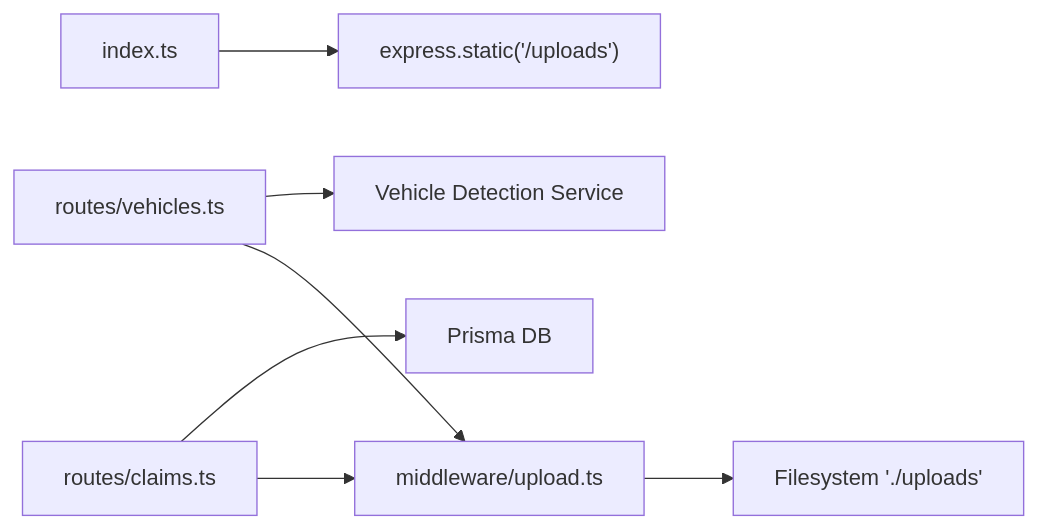
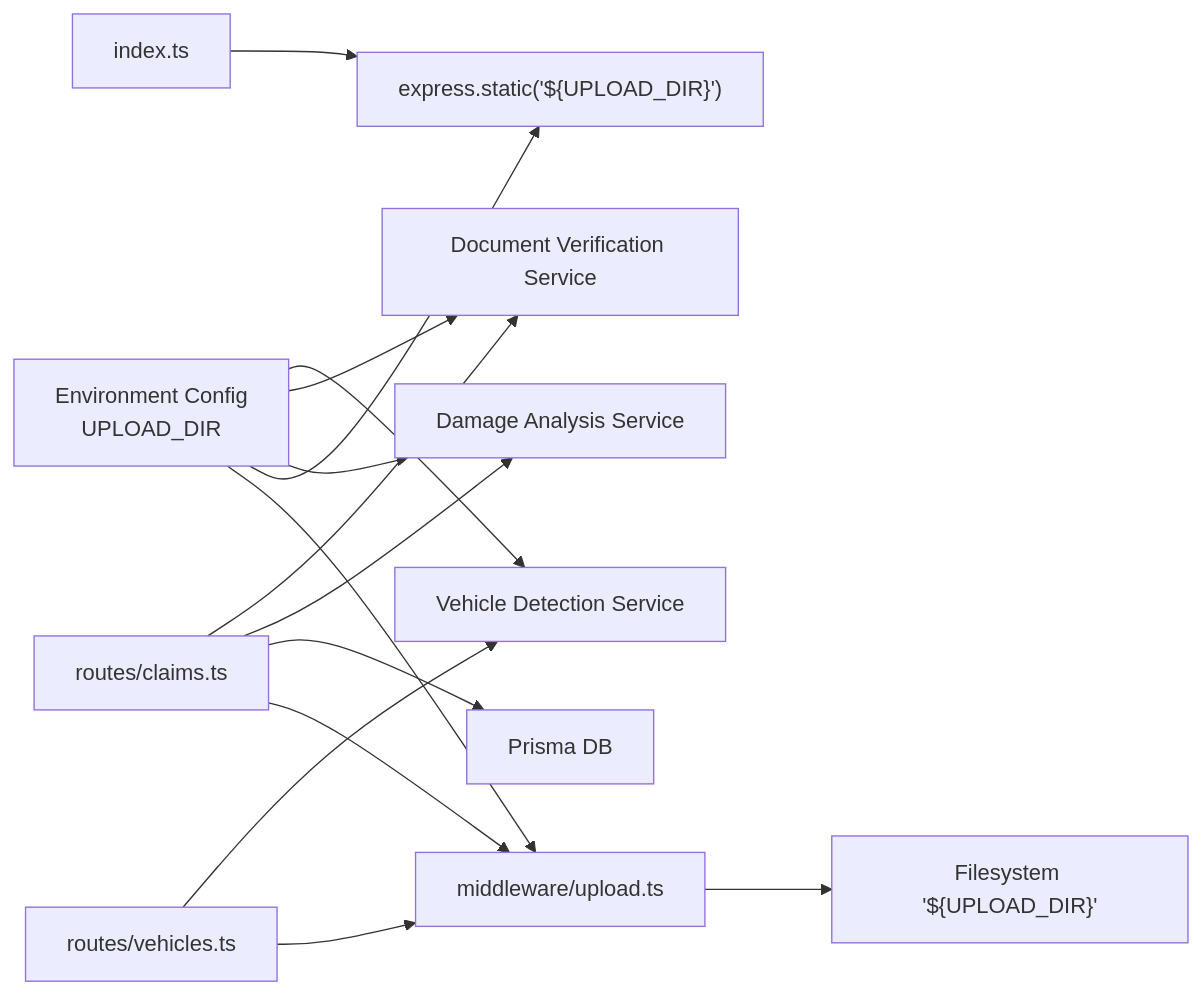
Before and after one commit to NaveenHiranya/Smart-Vehicle-Insurance-Claim-System: the third of 3 diagrams in .qoder/repowiki/en/content/File Upload & Storage.md, drawn with Mermaid. The commit also changed other lines of this file and 65 other files, not shown here.

````diff
--- a/.qoder/repowiki/en/content/File Upload & Storage.md
+++ b/.qoder/repowiki/en/content/File Upload & Storage.md
@@ -211,9 +296,16 @@
 ```mermaid
 graph LR
 ClaimsRoutes["routes/claims.ts"] --> MulterMW["middleware/upload.ts"]
 VehiclesRoutes["routes/vehicles.ts"] --> MulterMW
-Index["index.ts"] --> StaticServing["express.static('/uploads')"]
-MulterMW --> FS["Filesystem './uploads'"]
+Index["index.ts"] --> StaticServing["express.static('${UPLOAD_DIR}')"]
+MulterMW --> FS["Filesystem '${UPLOAD_DIR}'"]
 ClaimsRoutes --> DB["Prisma DB"]
-VehiclesRoutes --> Services["Vehicle Detection Service"]
+ClaimsRoutes --> DamageService["Damage Analysis Service"]
+ClaimsRoutes --> DocService["Document Verification Service"]
+VehiclesRoutes --> VehicleService["Vehicle Detection Service"]
+EnvConfig["Environment Config<br/>UPLOAD_DIR"] --> MulterMW
+EnvConfig --> StaticServing
+EnvConfig --> DamageService
+EnvConfig --> DocService
+EnvConfig --> VehicleService
 ```
````
